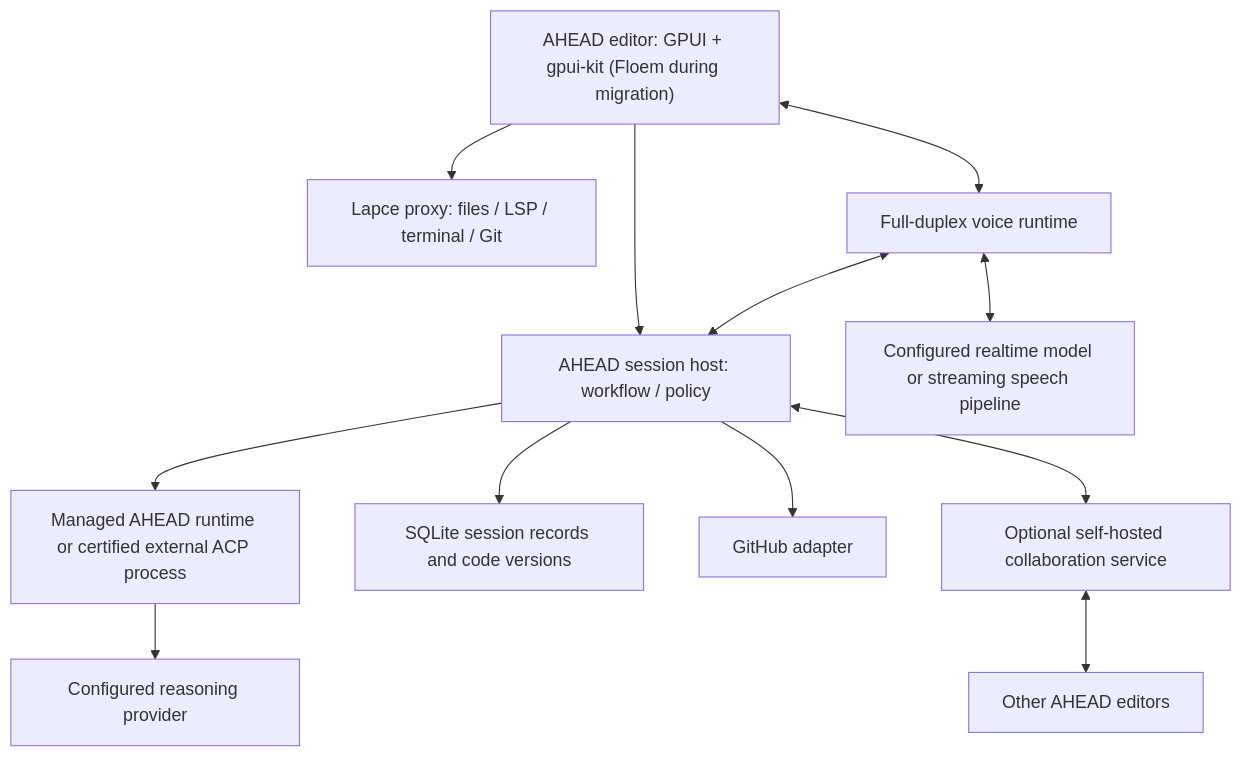
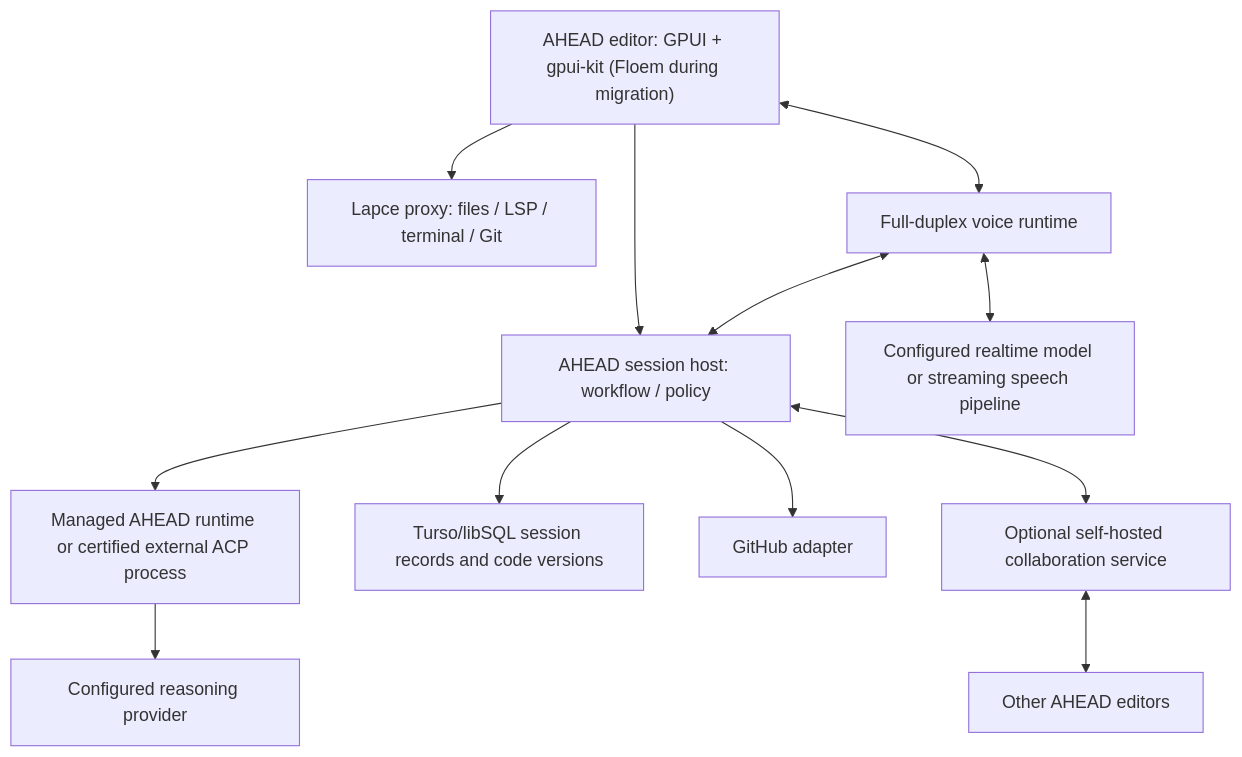
One commit to Kade-Powell/ahead changed the first of 2 diagrams in docs/development/ahead-editor-mvp.md. Above: the diagram before and after it, drawn with Mermaid. The commit also changed other lines of this file and 2919 other files, not shown here.

````diff
--- a/docs/development/ahead-editor-mvp.md
+++ b/docs/development/ahead-editor-mvp.md
@@ -258,14 +266,14 @@
 ```mermaid
 flowchart TD
     UI["AHEAD editor: GPUI + gpui-kit (Floem during migration)"] --> Host["AHEAD session host: workflow / policy"]
     UI --> Proxy["Lapce proxy: files / LSP / terminal / Git"]
     Host --> Runtime["Managed AHEAD runtime or certified external ACP process"]
     Runtime --> Models["Configured reasoning provider"]
     UI <--> Audio["Full-duplex voice runtime"]
     Audio <--> Host
     Audio <--> Speech["Configured realtime model or streaming speech pipeline"]
-    Host --> Local["SQLite session records and code versions"]
+    Host --> Local["Turso/libSQL session records and code versions"]
     Host --> Tracker["GitHub adapter"]
     Host <--> Team["Optional self-hosted collaboration service"]
     Team <--> Peer["Other AHEAD editors"]
 ```
````
